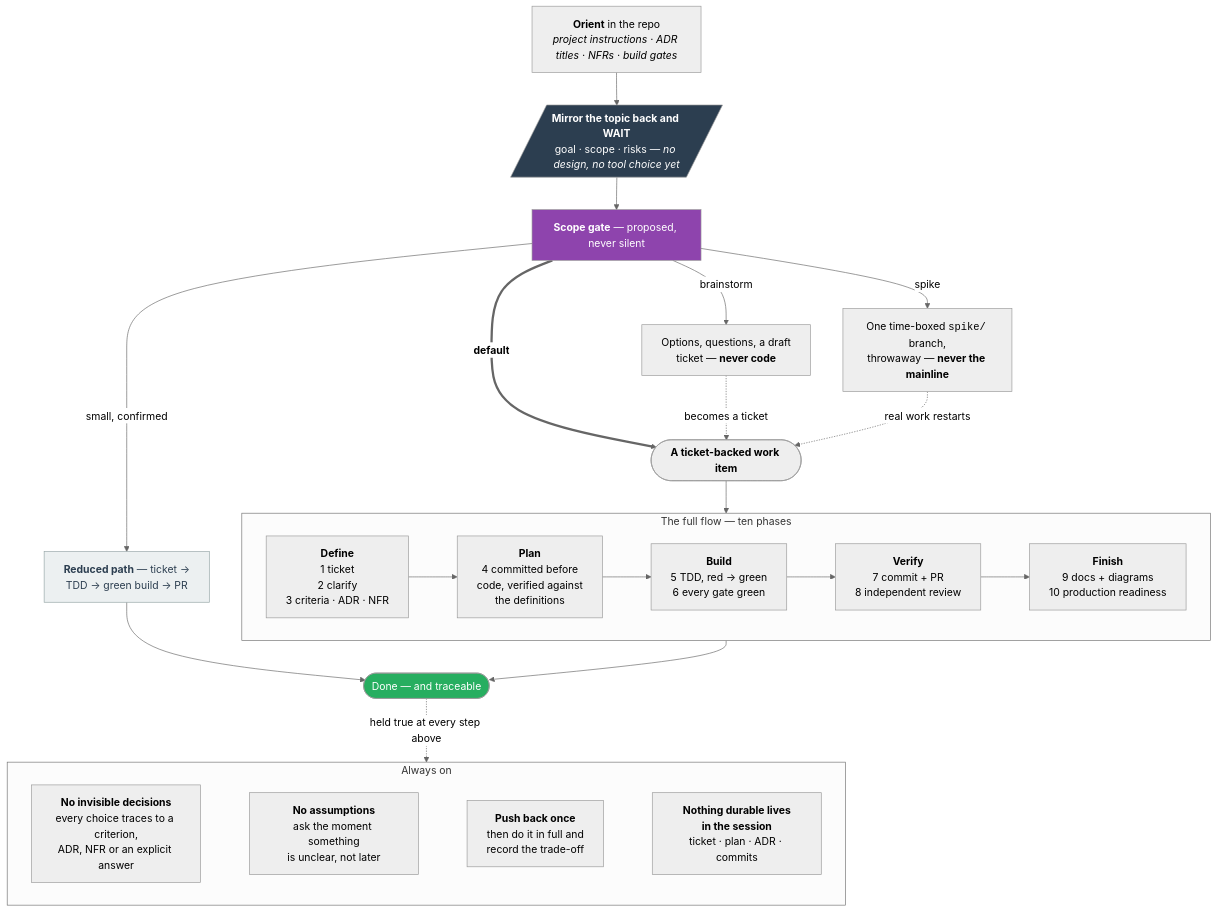
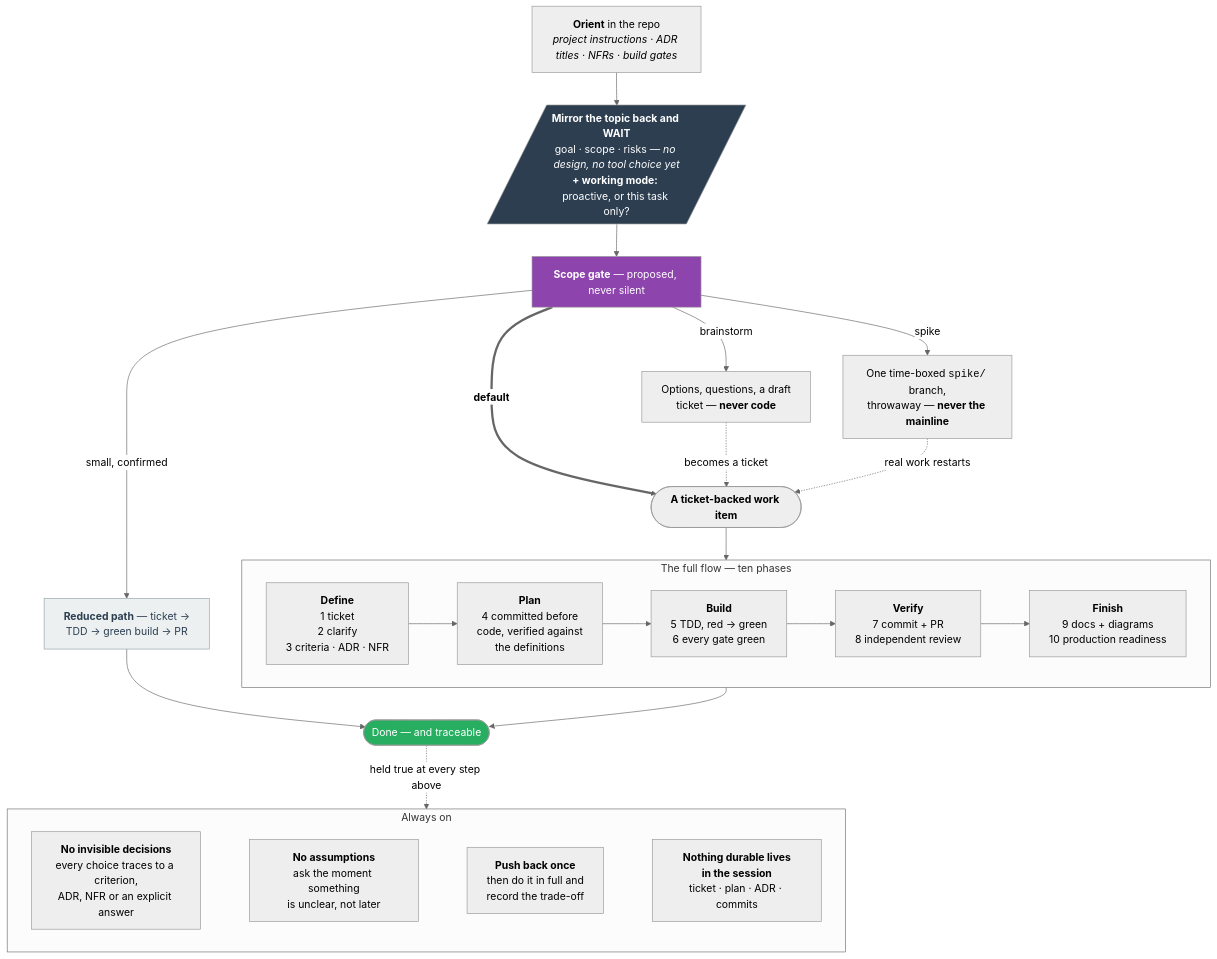
Before and after one commit to os890/skill_disciplined-delivery: the first of 11 diagrams in docs/delivery-flow.md, drawn with Mermaid (neutral theme). The commit also changed other lines of this file and 9 other files, not shown here.

First line of the commit message:
docs: carry working mode into the diagrams and the README

````diff
--- a/docs/delivery-flow.md
+++ b/docs/delivery-flow.md
@@ -20,39 +20,39 @@
 ```mermaid
 flowchart TB
     OR["<b>Orient</b> in the repo<br/><i>project instructions · ADR titles · NFRs · build gates</i>"]
-    OR --> MI[/"<b>Mirror the topic back and WAIT</b><br/>goal · scope · risks — <i>no design, no tool choice yet</i>"/]
+    OR --> MI[/"<b>Mirror the topic back and WAIT</b><br/>goal · scope · risks — <i>no design, no tool choice yet</i><br/><b>+ working mode:</b> proactive, or this task only?"/]
     MI --> SG["<b>Scope gate</b> — proposed, never silent"]
 
     SG -->|brainstorm| EX["Options, questions, a draft<br/>ticket — <b>never code</b>"]
     SG -->|spike| SP["One time-boxed <code>spike/</code> branch,<br/>throwaway — <b>never the mainline</b>"]
     SG -->|"small, confirmed"| RP["<b>Reduced path</b> — ticket →<br/>TDD → green build → PR"]
     SG ==>|"<b>default</b>"| HUB
 
     EX -.->|"becomes a ticket"| HUB
     SP -.->|"real work restarts"| HUB
 
     HUB(["<b>A ticket-backed work item</b>"]) --> DEF
 
     subgraph FULL["The full flow — ten phases"]
         direction LR
         DEF["<b>Define</b><br/>1 ticket<br/>2 clarify<br/>3 criteria · ADR · NFR"] --> PLN["<b>Plan</b><br/>4 committed before<br/>code, verified against<br/>the definitions"] --> BLD["<b>Build</b><br/>5 TDD, red → green<br/>6 every gate green"] --> VER["<b>Verify</b><br/>7 commit + PR<br/>8 independent review"] --> FIN["<b>Finish</b><br/>9 docs + diagrams<br/>10 production readiness"]
     end
 
     FIN --> DONE(["Done — and traceable"])
     RP --> DONE
     DONE -.->|"held true at every step above"| ALWAYS
 
     subgraph ALWAYS["Always on"]
         direction LR
         R1["<b>No invisible decisions</b><br/>every choice traces to a criterion,<br/>ADR, NFR or an explicit answer"]
         R2["<b>No assumptions</b><br/>ask the moment something<br/>is unclear, not later"]
         R3["<b>Push back once</b><br/>then do it in full and<br/>record the trade-off"]
         R4["<b>Nothing durable lives<br/>in the session</b><br/>ticket · plan · ADR · commits"]
         R1 ~~~ R2 ~~~ R3 ~~~ R4
     end
 
     style MI fill:#2c3e50,color:#fff
     style SG fill:#8e44ad,color:#fff
     style DONE fill:#27ae60,color:#fff
     style RP fill:#ecf0f1,stroke:#95a5a6,color:#2c3e50
 ```
````
